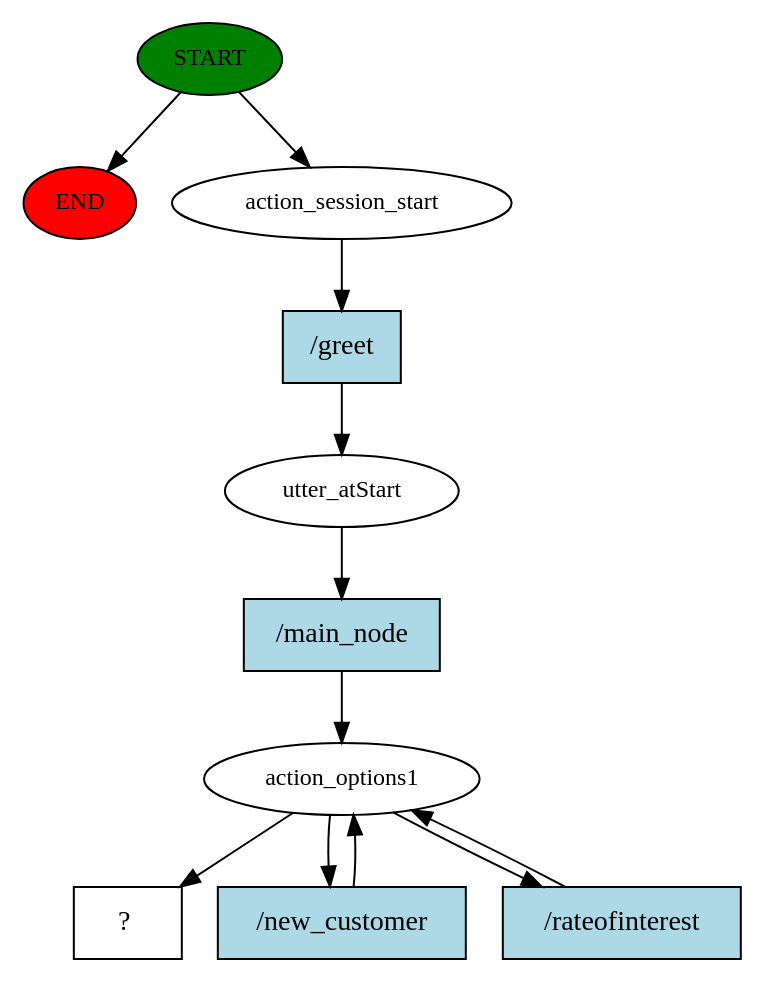
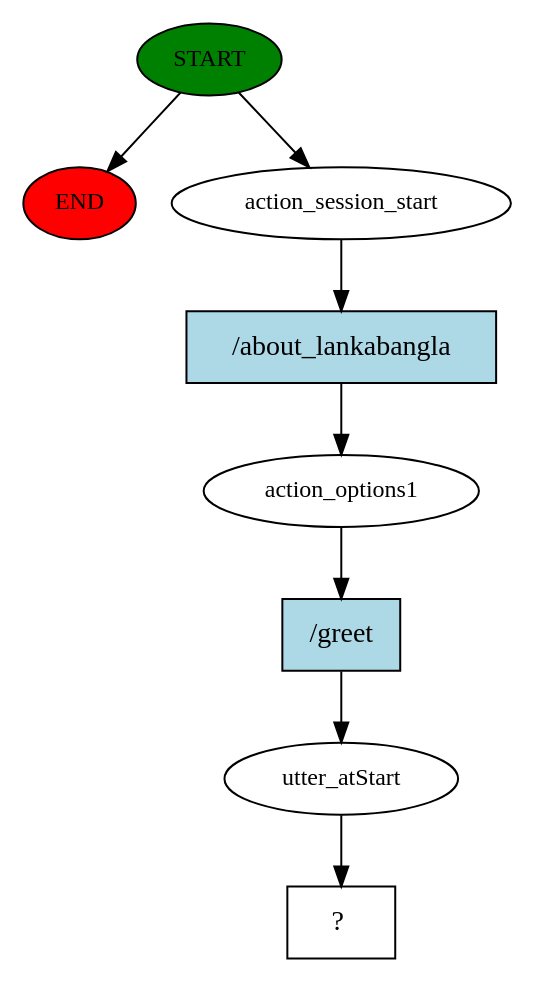
The diagram in gplexRasa/story_graph.dot (ehzawad/lanka_bangla), drawn with Graphviz before and after one commit. The commit also changed 23 other files, not shown here.

```diff
--- a/gplexRasa/story_graph.dot
+++ b/gplexRasa/story_graph.dot
@@ -1,23 +1,17 @@
 digraph  {
 0 [class="start active", fillcolor=green, fontsize=12, label=START, style=filled];
 "-1" [class=end, fillcolor=red, fontsize=12, label=END, style=filled];
 1 [class=active, fontsize=12, label=action_session_start];
-2 [class=active, fontsize=12, label=utter_atStart];
-3 [class=active, fontsize=12, label=action_options1];
-6 [class="intent dashed active", label="  ?  ", shape=rect];
-7 [class="intent active", fillcolor=lightblue, label="/greet", shape=rect, style=filled];
-8 [class="intent active", fillcolor=lightblue, label="/main_node", shape=rect, style=filled];
-9 [class="intent active", fillcolor=lightblue, label="/new_customer", shape=rect, style=filled];
-10 [class="intent active", fillcolor=lightblue, label="/rateofinterest", shape=rect, style=filled];
+2 [class=active, fontsize=12, label=action_options1];
+3 [class=active, fontsize=12, label=utter_atStart];
+4 [class="intent dashed active", label="  ?  ", shape=rect];
+5 [class="intent active", fillcolor=lightblue, label="/about_lankabangla", shape=rect, style=filled];
+6 [class="intent active", fillcolor=lightblue, label="/greet", shape=rect, style=filled];
 0 -> "-1"  [class="", key=NONE, label=""];
 0 -> 1  [class=active, key=NONE, label=""];
-1 -> 7  [class=active, key=0];
-2 -> 8  [class=active, key=0];
-3 -> 6  [class=active, key=NONE, label=""];
-3 -> 9  [class=active, key=0];
-3 -> 10  [class=active, key=0];
-7 -> 2  [class=active, key=0];
-8 -> 3  [class=active, key=0];
-9 -> 3  [class=active, key=0];
-10 -> 3  [class=active, key=0];
+1 -> 5  [class=active, key=0];
+2 -> 6  [class=active, key=0];
+3 -> 4  [class=active, key=NONE, label=""];
+5 -> 2  [class=active, key=0];
+6 -> 3  [class=active, key=0];
 }
```
